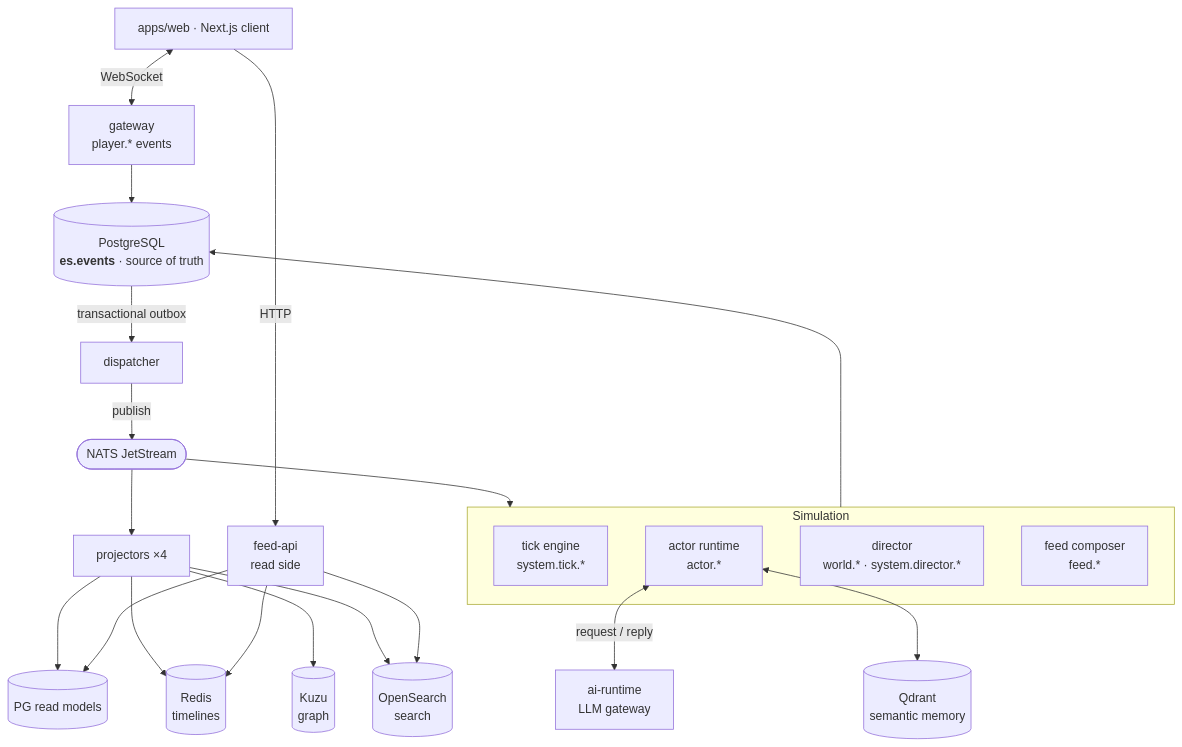
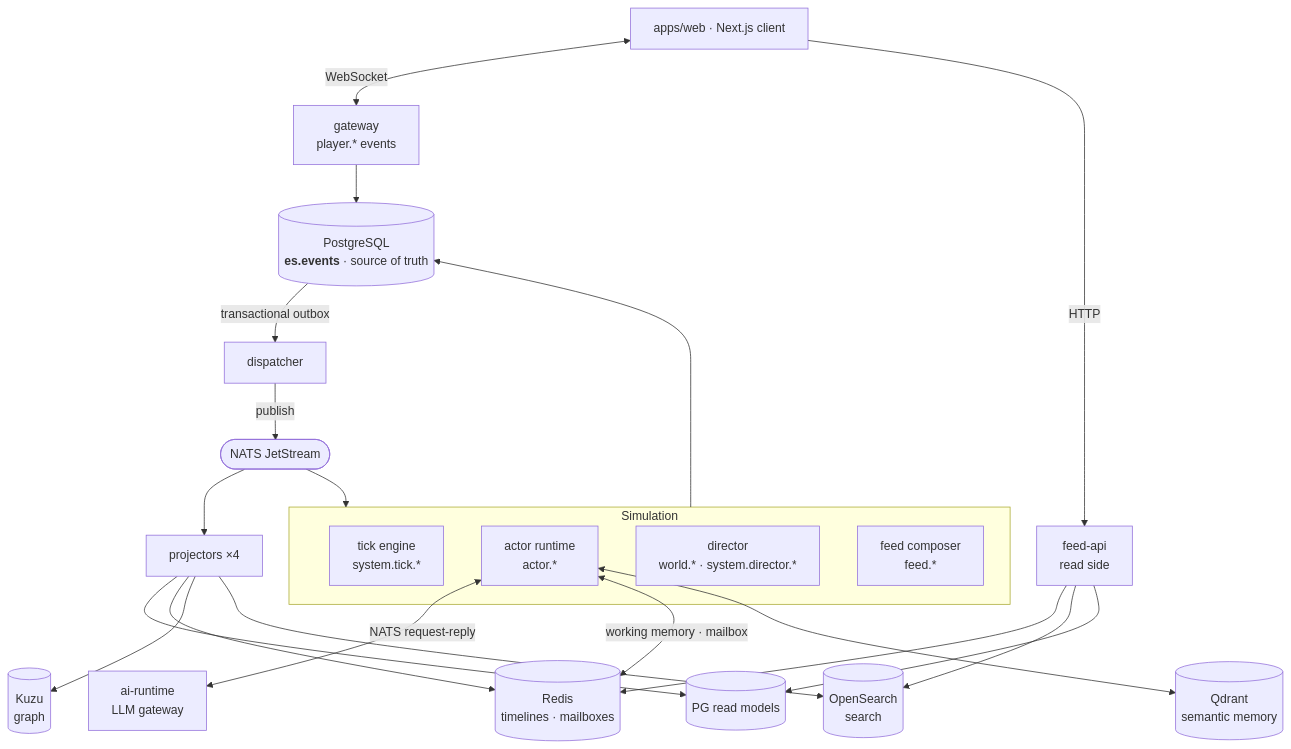
One commit to showjihyun/livingfeed changed the second of 5 diagrams in guide/architecture.md. Above: the diagram before and after it, drawn with Mermaid. The commit also changed other lines of this file and 5 other files, not shown here.

````diff
--- a/guide/architecture.md
+++ b/guide/architecture.md
@@ -42,35 +42,36 @@
 ```mermaid
 graph TB
     Web["apps/web · Next.js client"]
 
     Web <-->|WebSocket| GW["gateway<br/>player.* events"]
     Web -->|HTTP| API["feed-api<br/>read side"]
 
     GW --> PG[("PostgreSQL<br/><b>es.events</b> · source of truth")]
 
     subgraph Engines["Simulation"]
         TICK["tick engine<br/>system.tick.*"]
         ACTOR["actor runtime<br/>actor.*"]
         DIR["director<br/>world.* · system.director.*"]
         FEED["feed composer<br/>feed.*"]
     end
 
     Engines --> PG
     PG -->|transactional outbox| DISP["dispatcher"]
     DISP -->|publish| NATS(["NATS JetStream"])
     NATS --> Engines
     NATS --> PROJ["projectors ×4"]
 
-    ACTOR <-->|request / reply| AI["ai-runtime<br/>LLM gateway"]
+    ACTOR <-->|"NATS request-reply"| AI["ai-runtime<br/>LLM gateway"]
 
     PROJ --> RPG[("PG read models")]
-    PROJ --> RED[("Redis<br/>timelines")]
+    PROJ --> RED[("Redis<br/>timelines · mailboxes")]
+    ACTOR <-->|"working memory · mailbox"| RED
     PROJ --> KUZU[("Kuzu<br/>graph")]
     PROJ --> OS[("OpenSearch<br/>search")]
 
     ACTOR <--> QD[("Qdrant<br/>semantic memory")]
 
     API --> RED
     API --> OS
     API --> RPG
 ```
````
